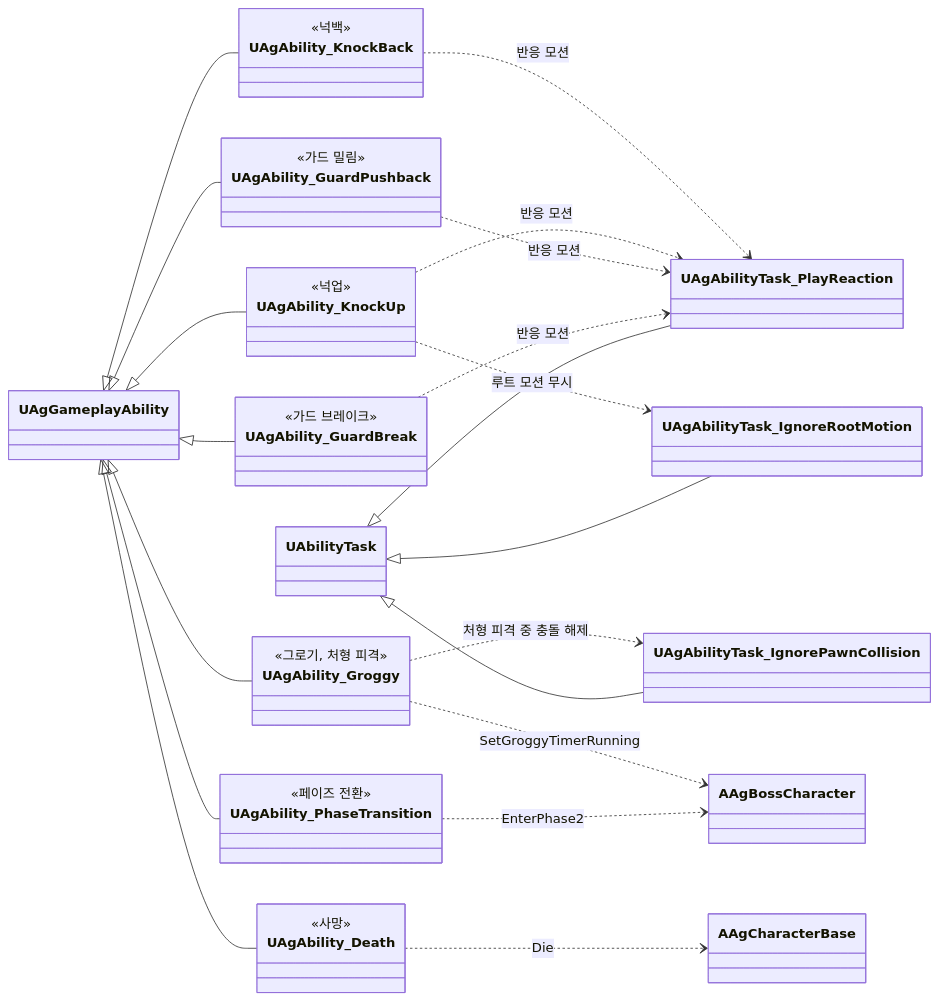
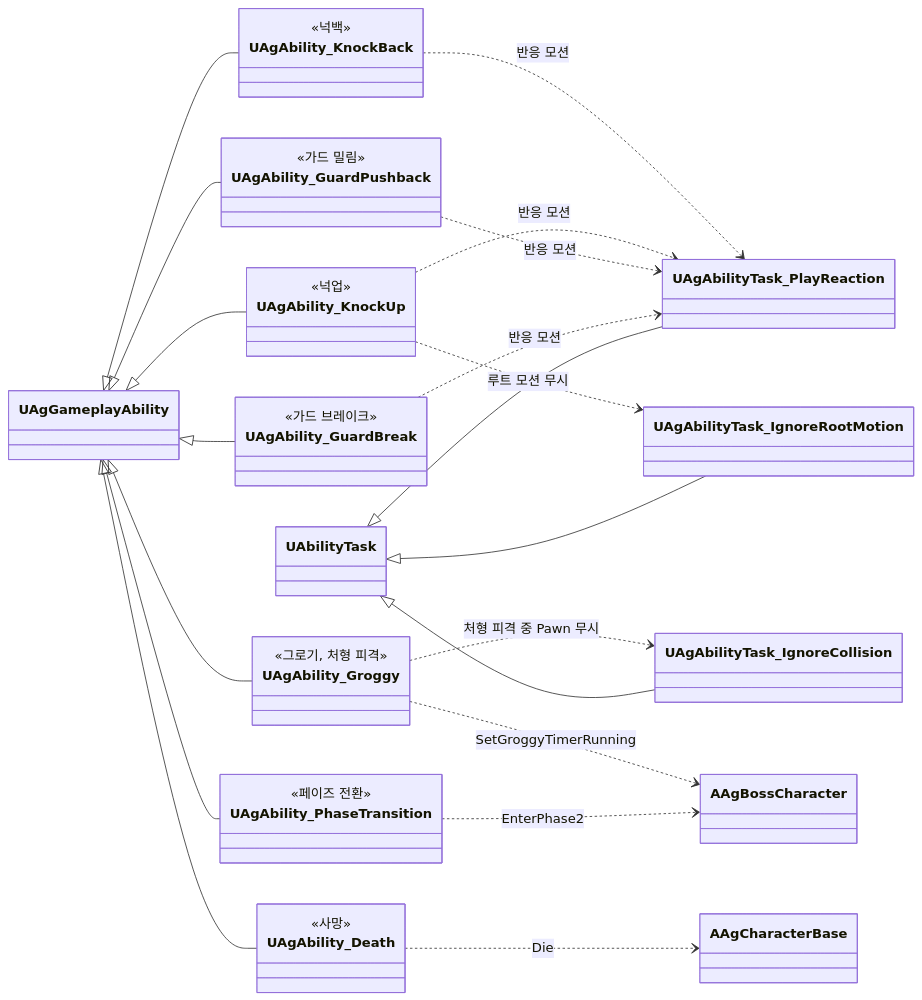
One commit to Woogl/Ag changed the seventh of 21 diagrams in Docs/Program/클래스 구조도.md. Above: the diagram before and after it, drawn with Mermaid. The commit also changed other lines of this file and 9 other files, not shown here.

````diff
--- a/Docs/Program/클래스 구조도.md
+++ b/Docs/Program/클래스 구조도.md
@@ -323,45 +323,45 @@
 ```mermaid
 classDiagram
     direction LR
     class UAgAbility_KnockBack {
         <<넉백>>
     }
     class UAgAbility_KnockUp {
         <<넉업>>
     }
     class UAgAbility_GuardPushback {
         <<가드 밀림>>
     }
     class UAgAbility_GuardBreak {
         <<가드 브레이크>>
     }
     class UAgAbility_Groggy {
         <<그로기, 처형 피격>>
     }
     class UAgAbility_PhaseTransition {
         <<페이즈 전환>>
     }
     class UAgAbility_Death {
         <<사망>>
     }
     UAgGameplayAbility <|-- UAgAbility_KnockBack
     UAgGameplayAbility <|-- UAgAbility_KnockUp
     UAgGameplayAbility <|-- UAgAbility_GuardPushback
     UAgGameplayAbility <|-- UAgAbility_GuardBreak
     UAgGameplayAbility <|-- UAgAbility_Groggy
     UAgGameplayAbility <|-- UAgAbility_PhaseTransition
     UAgGameplayAbility <|-- UAgAbility_Death
 
     UAgAbility_KnockBack ..> UAgAbilityTask_PlayReaction : 반응 모션
     UAgAbility_KnockUp ..> UAgAbilityTask_PlayReaction : 반응 모션
     UAgAbility_GuardPushback ..> UAgAbilityTask_PlayReaction : 반응 모션
     UAgAbility_GuardBreak ..> UAgAbilityTask_PlayReaction : 반응 모션
     UAgAbility_KnockUp ..> UAgAbilityTask_IgnoreRootMotion : 루트 모션 무시
-    UAgAbility_Groggy ..> UAgAbilityTask_IgnorePawnCollision : 처형 피격 중 충돌 해제
+    UAgAbility_Groggy ..> UAgAbilityTask_IgnoreCollision : 처형 피격 중 Pawn 무시
     UAbilityTask <|-- UAgAbilityTask_PlayReaction
     UAbilityTask <|-- UAgAbilityTask_IgnoreRootMotion
-    UAbilityTask <|-- UAgAbilityTask_IgnorePawnCollision
+    UAbilityTask <|-- UAgAbilityTask_IgnoreCollision
     UAgAbility_Groggy ..> AAgBossCharacter : SetGroggyTimerRunning
     UAgAbility_PhaseTransition ..> AAgBossCharacter : EnterPhase2
     UAgAbility_Death ..> AAgCharacterBase : Die
 ```
````
